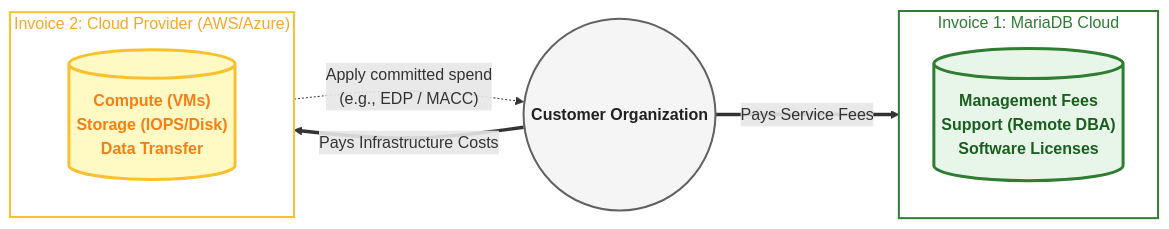
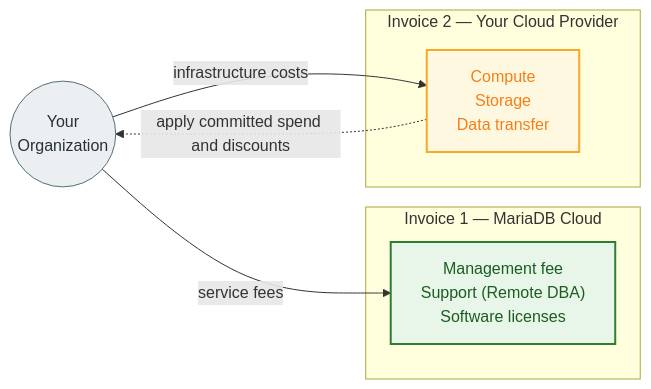
Before and after one commit to mariadb-corporation/mariadb-docs: the third of 3 diagrams in mariadb-cloud/quickstart/bring-your-own-account-byoa.md, drawn with Mermaid. The commit also changed other lines of this file and 1 other file, not shown here.

First line of the commit message:
DOCS-6320 Fix BYOA page: clean diagrams, correct stale availability note

````diff
--- a/mariadb-cloud/quickstart/bring-your-own-account-byoa.md
+++ b/mariadb-cloud/quickstart/bring-your-own-account-byoa.md
@@ -116,30 +98,20 @@
 ```mermaid
 flowchart LR
-    %% Styles: Bold fonts, thick borders, distinct colors for clarity
-    classDef maria fill:#e8f5e9,stroke:#2e7d32,stroke-width:3px,color:#1b5e20,font-size:16px,font-weight:bold;
-    classDef cloud fill:#fff9c4,stroke:#fbc02d,stroke-width:3px,color:#f57f17,font-size:16px,font-weight:bold;
-    classDef customer fill:#f5f5f5,stroke:#616161,stroke-width:2px,color:#212121,font-size:16px,font-weight:bold;
+    classDef maria fill:#e8f5e9,stroke:#2e7d32,stroke-width:2px,color:#1b5e20;
+    classDef cloud fill:#fff8e1,stroke:#f9a825,stroke-width:2px,color:#f57f17;
+    classDef customer fill:#eceff1,stroke:#546e7a,stroke-width:1px,color:#263238;
 
-    Customer((Customer Organization)):::customer
+    Customer(("Your<br/>Organization")):::customer
 
-    subgraph MariaDB_Bill ["Invoice 1: MariaDB Cloud"]
-        direction TB
-        M_Fees[("Management Fees<br/>Support (Remote DBA)<br/>Software Licenses")]:::maria
+    subgraph B1 ["Invoice 1 — MariaDB Cloud"]
+        M["Management fee<br/>Support (Remote DBA)<br/>Software licenses"]:::maria
     end
 
-    subgraph Cloud_Bill ["Invoice 2: Cloud Provider (AWS/Azure)"]
-        direction TB
-        C_Infra[("Compute (VMs)<br/>Storage (IOPS/Disk)<br/>Data Transfer")]:::cloud
+    subgraph B2 ["Invoice 2 — Your Cloud Provider"]
+        C["Compute<br/>Storage<br/>Data transfer"]:::cloud
     end
 
-    %% Flows with thick arrows
-    Customer ==>|"Pays Service Fees"| M_Fees
-    Customer ==>|"Pays Infrastructure Costs"| C_Infra
-
-    %% Benefit Annotation
-    C_Infra -.->|"Apply committed spend<br/>(e.g., EDP / MACC)"| Customer
-
-    %% Subgraph text styling
-    style MariaDB_Bill fill:#ffffff,stroke:#2e7d32,stroke-width:2px,color:#2e7d32
-    style Cloud_Bill fill:#ffffff,stroke:#fbc02d,stroke-width:2px,color:#f9a825
+    Customer -->|"service fees"| M
+    Customer -->|"infrastructure costs"| C
+    C -.->|"apply committed spend and discounts"| Customer
 ```
````
